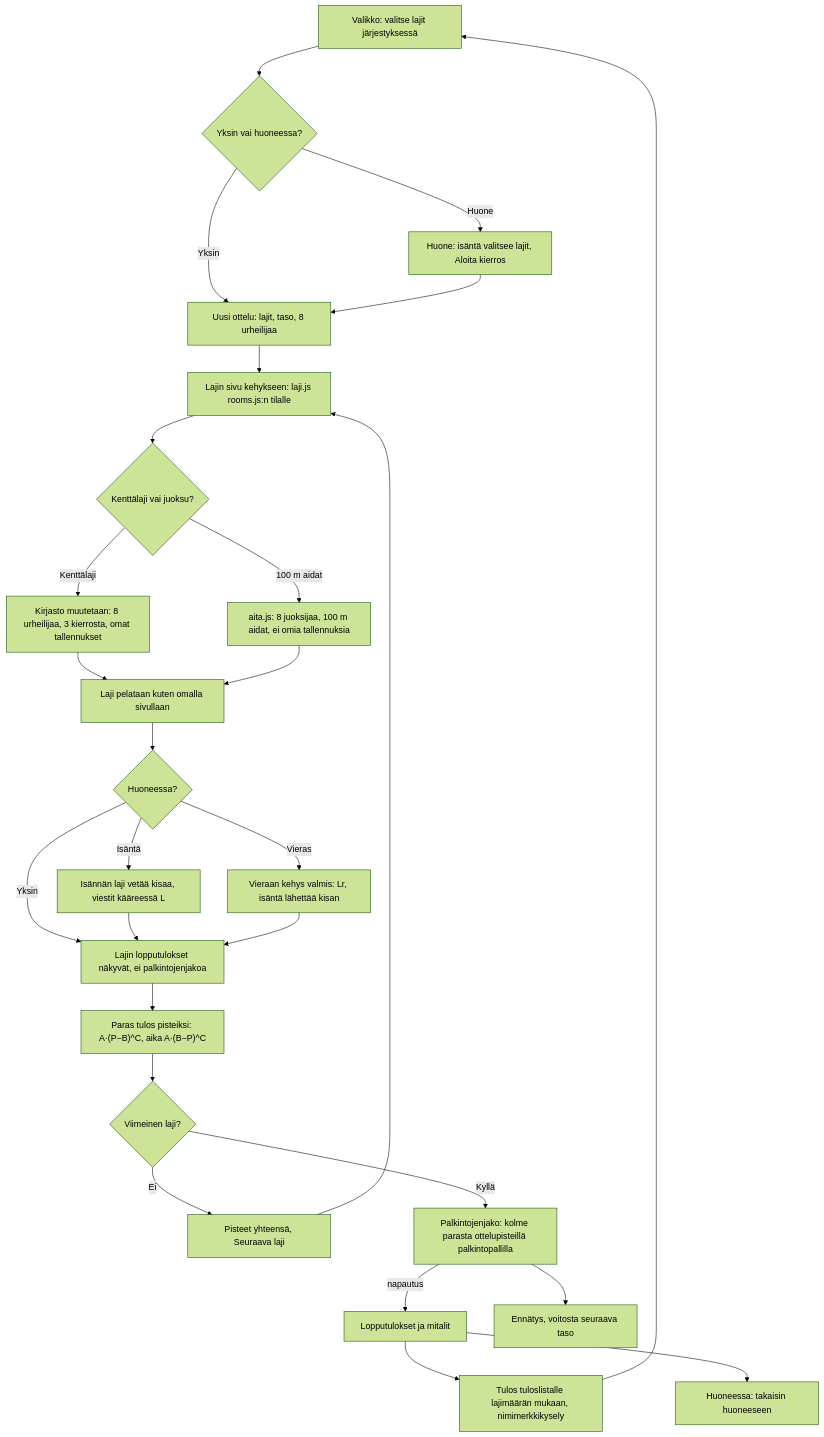
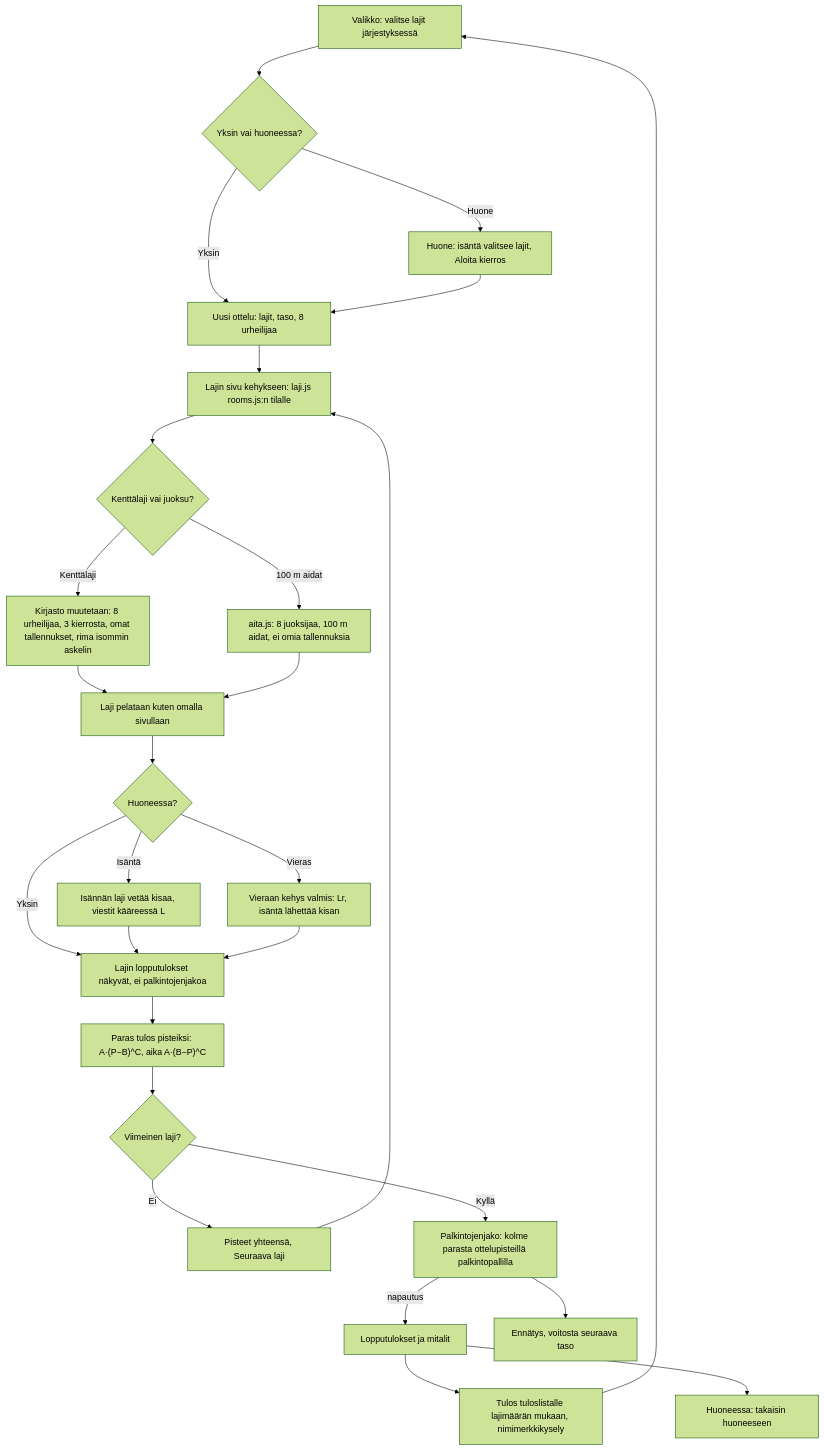
One commit to eerovil/ai-pelit changed the diagram in docs/diagrams/ottelu.md. Above: the diagram before and after it, drawn with Mermaid (forest theme). The commit also changed other lines of this file and 3 other files, not shown here.

````diff
--- a/docs/diagrams/ottelu.md
+++ b/docs/diagrams/ottelu.md
@@ -9,34 +9,34 @@
 ```mermaid
 flowchart TD
   MENU[Valikko: valitse lajit järjestyksessä] --> Q{Yksin vai huoneessa?}
   Q -- Yksin --> NEW[Uusi ottelu: lajit, taso, 8 urheilijaa]
   Q -- Huone --> ROOM[Huone: isäntä valitsee lajit, Aloita kierros]
   ROOM --> NEW
   NEW --> LOAD[Lajin sivu kehykseen: laji.js rooms.js:n tilalle]
   LOAD --> KIND{Kenttälaji vai juoksu?}
-  KIND -- Kenttälaji --> PATCH[Kirjasto muutetaan: 8 urheilijaa, 3 kierrosta, omat tallennukset]
+  KIND -- Kenttälaji --> PATCH[Kirjasto muutetaan: 8 urheilijaa, 3 kierrosta, omat tallennukset, rima isommin askelin]
   KIND -- 100 m aidat --> AITA[aita.js: 8 juoksijaa, 100 m aidat, ei omia tallennuksia]
   PATCH --> PLAY[Laji pelataan kuten omalla sivullaan]
   AITA --> PLAY
   PLAY --> NET{Huoneessa?}
   NET -- Isäntä --> HOST[Isännän laji vetää kisaa, viestit kääreessä L]
   NET -- Vieras --> GUEST[Vieraan kehys valmis: Lr, isäntä lähettää kisan]
   NET -- Yksin --> RES
   HOST --> RES[Lajin lopputulokset näkyvät, ei palkintojenjakoa]
   GUEST --> RES
   RES --> PTS["Paras tulos pisteiksi: A·(P−B)^C, aika A·(B−P)^C"]
   PTS --> LAST{Viimeinen laji?}
   LAST -- Ei --> BOARD[Pisteet yhteensä, Seuraava laji]
   BOARD --> LOAD
   LAST -- Kyllä --> PODIUM[Palkintojenjako: kolme parasta ottelupisteillä palkintopallilla]
   PODIUM -->|napautus| END[Lopputulokset ja mitalit]
   PODIUM --> SAVE[Ennätys, voitosta seuraava taso]
   END --> LIST[Tulos tuloslistalle lajimäärän mukaan, nimimerkkikysely]
   LIST --> MENU
   END --> BACK[Huoneessa: takaisin huoneeseen]
   class MENU,ROOM,BOARD,PLAY blue
   class HOST,GUEST violet
   class Q,NET,LAST,KIND amber
   class NEW,LOAD,PATCH,AITA,PTS teal
   class RES,END,SAVE,BACK,PODIUM,LIST green
 ```
````
